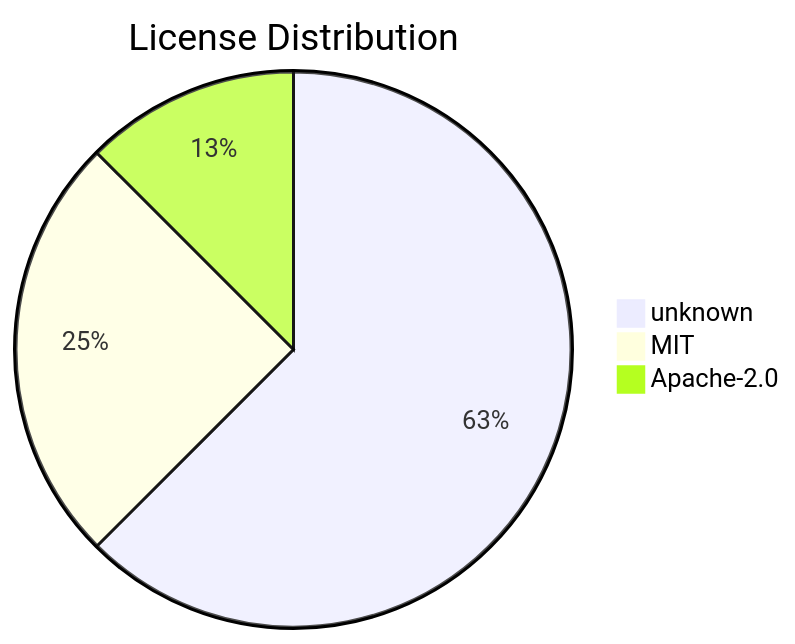
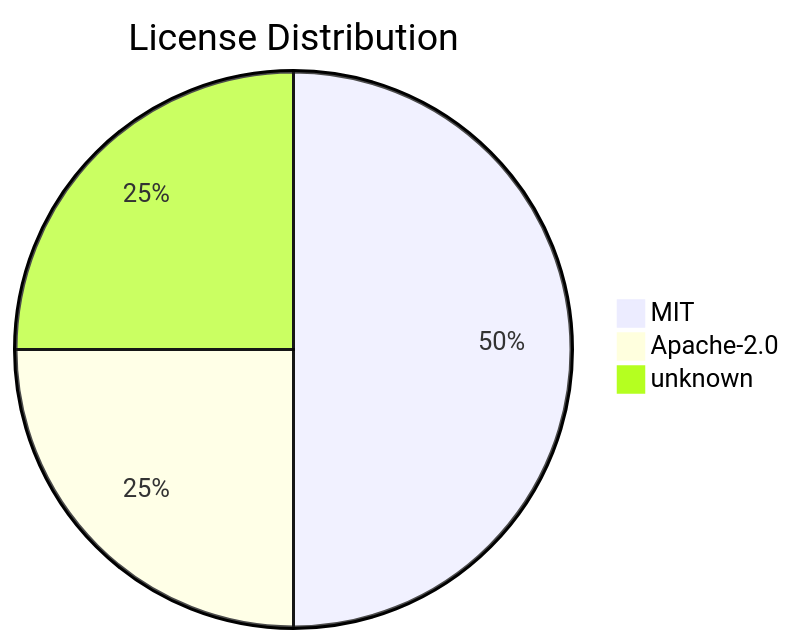
One commit to svenroth-ai/shipwright changed the diagram in .shipwright/compliance/sbom.md. Above: the diagram before and after it, drawn with Mermaid. The commit also changed other lines of this file and 26 other files, not shown here.

````diff
--- a/.shipwright/compliance/sbom.md
+++ b/.shipwright/compliance/sbom.md
@@ -17,6 +17,6 @@
 ```mermaid
 pie title License Distribution
-    "unknown" : 5
-    "MIT" : 2
-    "Apache-2.0" : 1
+    "MIT" : 4
+    "Apache-2.0" : 2
+    "unknown" : 2
 ```
````
